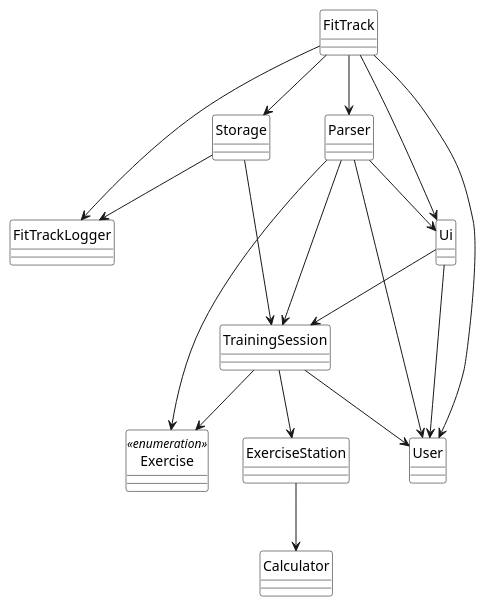
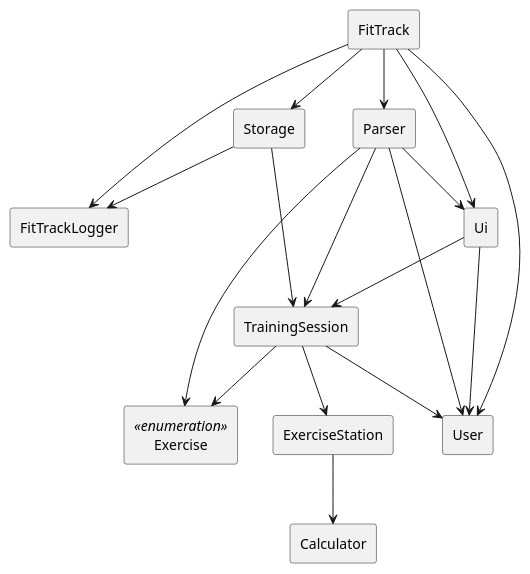
The diagram in docs/Diagrams/Archi_Architecture.puml (nus-cs2113-AY2425S1/tp), drawn with PlantUML before and after one commit. The commit also changed 1 other file, not shown here.

Commit message:
Docs: Changed architecture diagram to use rectangle instead of class format

```diff
--- a/docs/Diagrams/Archi_Architecture.puml
+++ b/docs/Diagrams/Archi_Architecture.puml
@@ -1,61 +1,60 @@
 @startuml
 hide circle
 skinparam classAttributeIconSize 0
 skinparam classBackgroundColor White
 skinparam classBorderColor Black
 
-
-enum Exercise <<enumeration>> {
+rectangle Exercise <<enumeration>> {
 }
 
-class User {
+rectangle User {
 }
 
-class FitTrackLogger {
+rectangle FitTrackLogger {
 }
 
-class Storage {
+rectangle Storage {
 }
 
-class FitTrack {
+rectangle FitTrack {
 }
 
-class Parser {
+rectangle Parser {
 }
 
-class Ui {
+rectangle Ui {
 }
 
-class TrainingSession {
+rectangle TrainingSession {
 }
 
-class ExerciseStation {
+rectangle ExerciseStation {
 }
 
-class Calculator {
+rectangle Calculator {
 }
 
 FitTrack  -->  Parser
 FitTrack  -->  Ui
 FitTrack  -->  Storage
 FitTrack  -->  User
 FitTrack  -->  FitTrackLogger
 
 Parser  -->  TrainingSession
 Parser  --> Exercise
 Parser  -->  User
 Parser  -->  Ui
 
 Ui  -->  User
 Ui  -->  TrainingSession
 
 Storage  -->  TrainingSession
 Storage  -->  FitTrackLogger
 
 TrainingSession  -->  User
 TrainingSession  --> Exercise
 TrainingSession  --> ExerciseStation
 
 ExerciseStation --> Calculator
 
 @enduml
```
